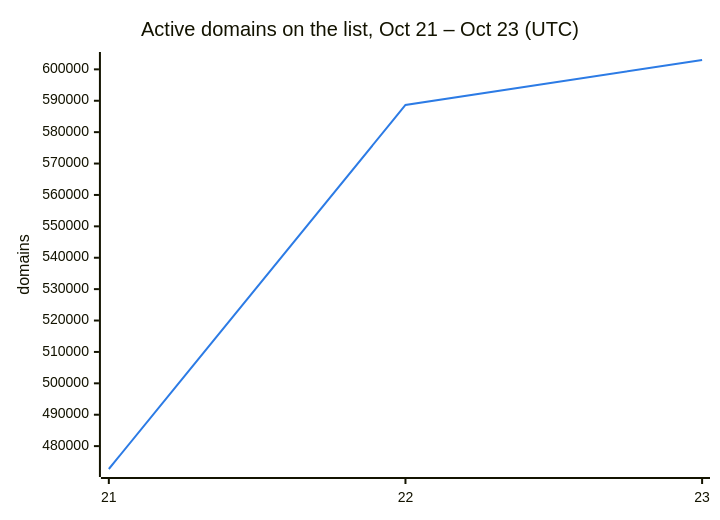
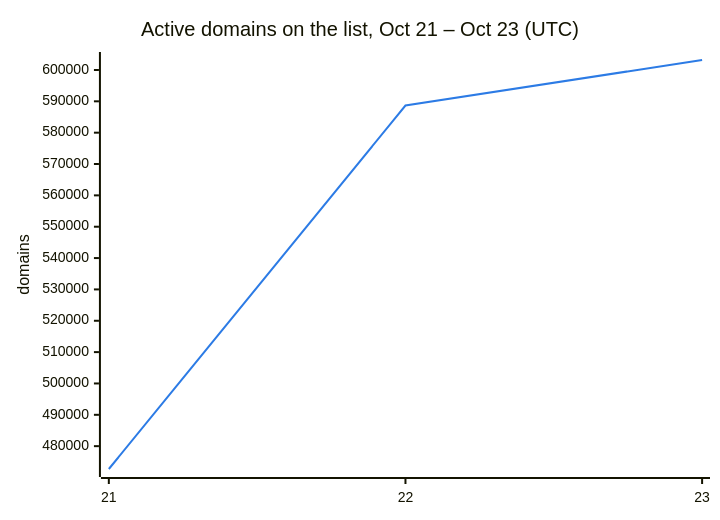
One commit to DNSBunker/CTI changed the second of 3 diagrams in README.md. Above: the diagram before and after it, drawn with Mermaid. The commit also changed other lines of this file and 3 other files, not shown here.

````diff
--- a/README.md
+++ b/README.md
@@ -38,8 +38,8 @@
 ```mermaid
 %%{init: {"themeVariables": {"xyChart": {"plotColorPalette": "#2c7be5"}}}}%%
 xychart-beta
     title "Active domains on the list, Oct 21 – Oct 23 (UTC)"
     x-axis ["21", "22", "23"]
     y-axis "domains"
-    line [472713, 588659, 602980]
+    line [472713, 588659, 603182]
 ```
````
